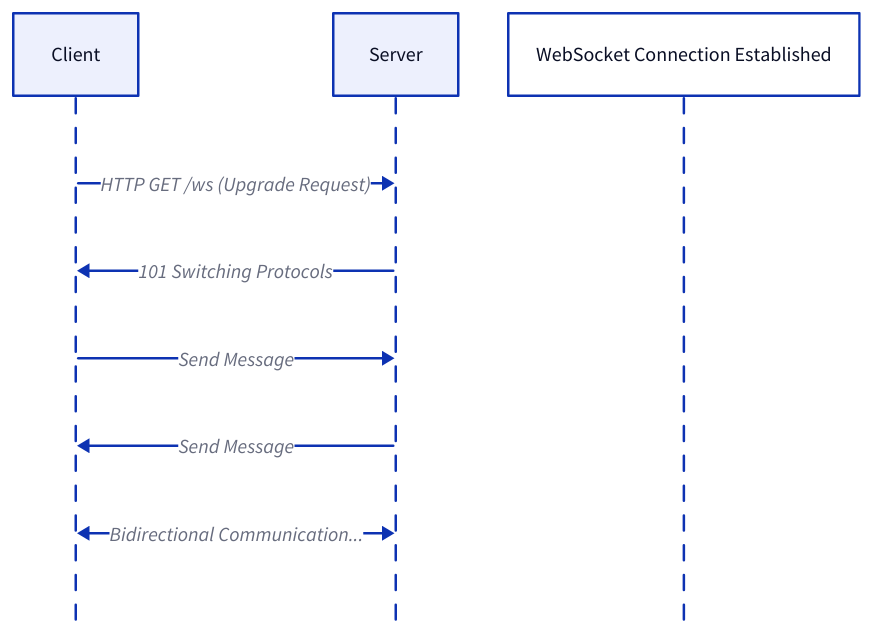
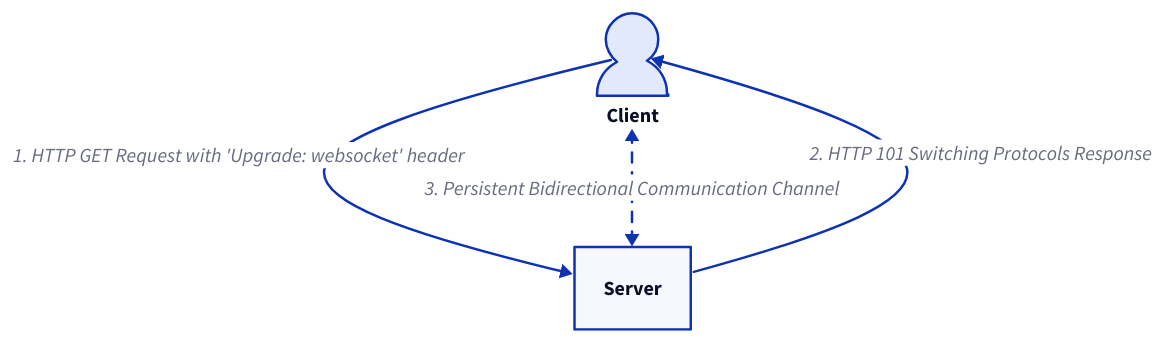
One commit to lban2049/fastapi changed the first of 2 diagrams in .aigne/doc-smith/docs/advanced-websockets.md. Above: the diagram before and after it, drawn with D2. The commit also changed other lines of this file and 45 other files, not shown here.

````diff
--- a/.aigne/doc-smith/docs/advanced-websockets.md
+++ b/.aigne/doc-smith/docs/advanced-websockets.md
@@ -9,12 +9,14 @@
 ```d2
-shape: sequence_diagram
+direction: down
 
-Client; Server
+"Client": { shape: person }
+"Server": { shape: rectangle }
 
-Client -> Server: "HTTP GET /ws (Upgrade Request)"
-Server -> Client: "101 Switching Protocols"
-note over Client, Server: "WebSocket Connection Established"
-Client -> Server: "Send Message"
-Server -> Client: "Send Message"
-Client <-> Server: "Bidirectional Communication..."
+"Client" -> "Server": "1. HTTP GET Request with 'Upgrade: websocket' header"
+"Server" -> "Client": "2. HTTP 101 Switching Protocols Response"
+"Client" <-> "Server": "3. Persistent Bidirectional Communication Channel" {
+  style {
+    stroke-dash: 4
+  }
+}
 ```
````
